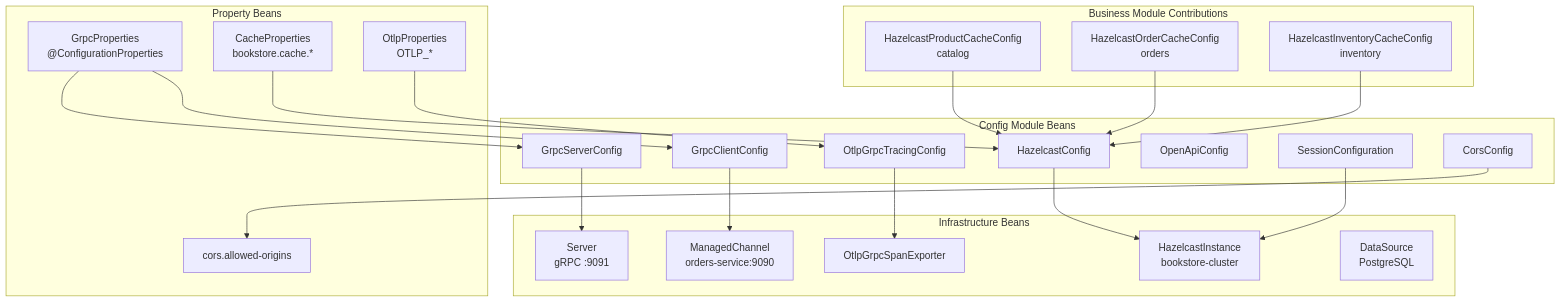
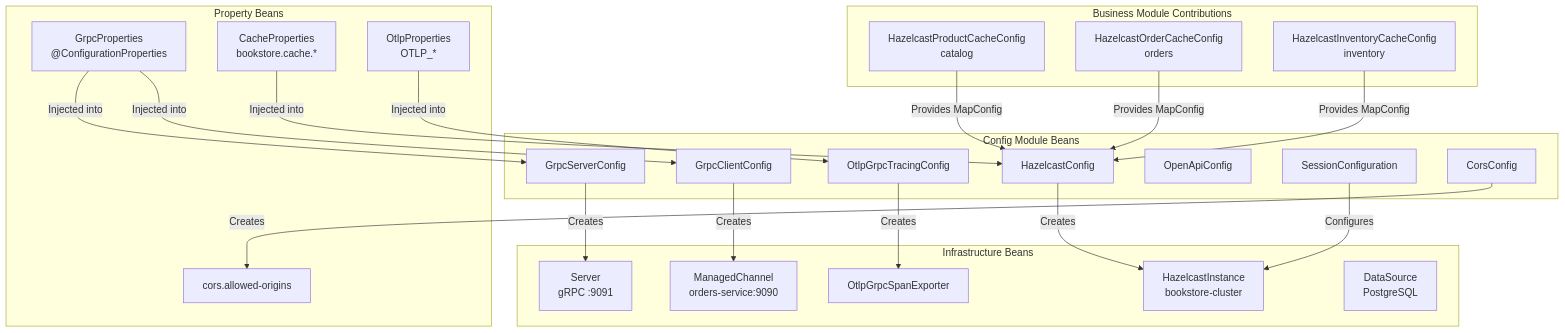
One commit to philipz/spring-modular-monolith changed the eighth of 8 diagrams in docs/deepwiki/Config-Module.md. Above: the diagram before and after it, drawn with Mermaid. The commit also changed other lines of this file and 55 other files, not shown here.

````diff
--- a/docs/deepwiki/Config-Module.md
+++ b/docs/deepwiki/Config-Module.md
@@ -535,68 +535,68 @@
 ```mermaid
 flowchart TD
 
 GrpcProps["GrpcProperties<br>@ConfigurationProperties"]
 CacheProps["CacheProperties<br>bookstore.cache.*"]
 OtlpProps["OtlpProperties<br>OTLP_*"]
 CorsProps["cors.allowed-origins"]
 HZInstance["HazelcastInstance<br>bookstore-cluster"]
 GrpcServer["Server<br>gRPC :9091"]
 GrpcChannel["ManagedChannel<br>orders-service:9090"]
 OtlpExporter["OtlpGrpcSpanExporter"]
 DataSource["DataSource<br>PostgreSQL"]
 HZConfig["HazelcastConfig"]
 GrpcServerCfg["GrpcServerConfig"]
 GrpcClientCfg["GrpcClientConfig"]
 OtlpCfg["OtlpGrpcTracingConfig"]
 OpenAPICfg["OpenApiConfig"]
 SessionCfg["SessionConfiguration"]
 CorsCfg["CorsConfig"]
 ProductMapCfg["HazelcastProductCacheConfig<br>catalog"]
 OrderMapCfg["HazelcastOrderCacheConfig<br>orders"]
 InventoryMapCfg["HazelcastInventoryCacheConfig<br>inventory"]
 
-GrpcProps --> GrpcServerCfg
-GrpcProps --> GrpcClientCfg
-CacheProps --> HZConfig
-OtlpProps --> OtlpCfg
-ProductMapCfg --> HZConfig
-OrderMapCfg --> HZConfig
-InventoryMapCfg --> HZConfig
-HZConfig --> HZInstance
-GrpcServerCfg --> GrpcServer
-GrpcClientCfg --> GrpcChannel
-OtlpCfg --> OtlpExporter
-SessionCfg --> HZInstance
-CorsCfg --> CorsProps
+GrpcProps -->|"Injected into"| GrpcServerCfg
+GrpcProps -->|"Injected into"| GrpcClientCfg
+CacheProps -->|"Injected into"| HZConfig
+OtlpProps -->|"Injected into"| OtlpCfg
+ProductMapCfg -->|"Provides MapConfig"| HZConfig
+OrderMapCfg -->|"Provides MapConfig"| HZConfig
+InventoryMapCfg -->|"Provides MapConfig"| HZConfig
+HZConfig -->|"Creates"| HZInstance
+GrpcServerCfg -->|"Creates"| GrpcServer
+GrpcClientCfg -->|"Creates"| GrpcChannel
+OtlpCfg -->|"Creates"| OtlpExporter
+SessionCfg -->|"Configures"| HZInstance
+CorsCfg -->|"Creates"| CorsProps
 
 subgraph subGraph3 ["Business Module Contributions"]
     ProductMapCfg
     OrderMapCfg
     InventoryMapCfg
 end
 
 subgraph subGraph2 ["Config Module Beans"]
     HZConfig
     GrpcServerCfg
     GrpcClientCfg
     OtlpCfg
     OpenAPICfg
     SessionCfg
     CorsCfg
 end
 
 subgraph subGraph1 ["Infrastructure Beans"]
     HZInstance
     GrpcServer
     GrpcChannel
     OtlpExporter
     DataSource
 end
 
 subgraph subGraph0 ["Property Beans"]
     GrpcProps
     CacheProps
     OtlpProps
     CorsProps
 end
 ```
````
